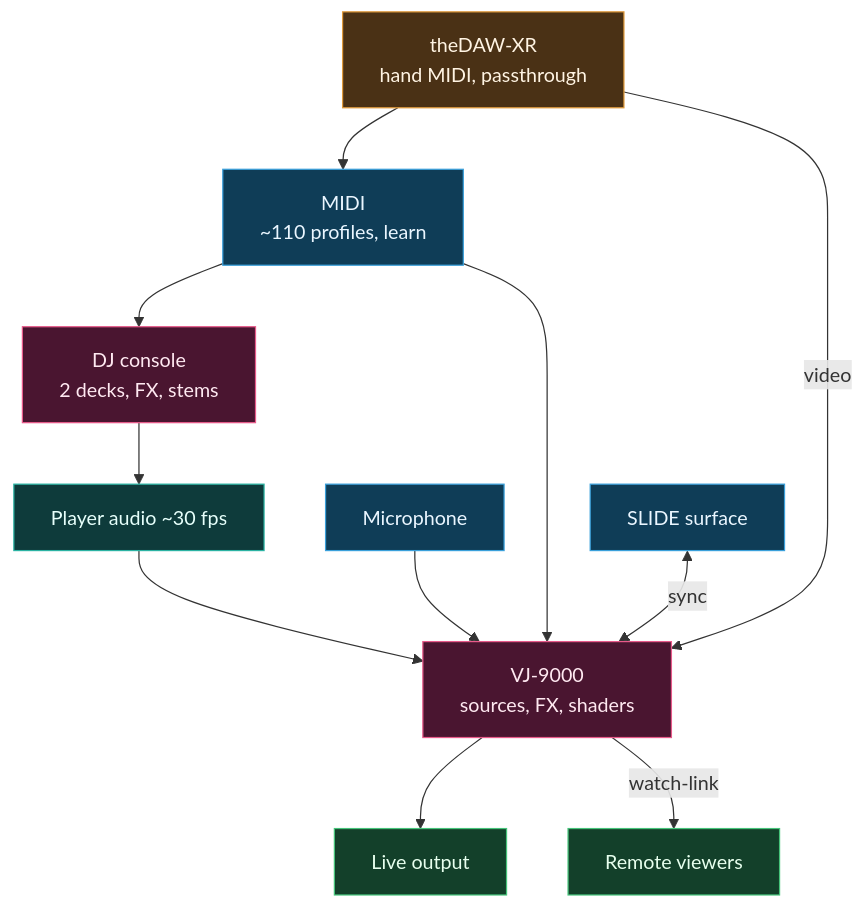
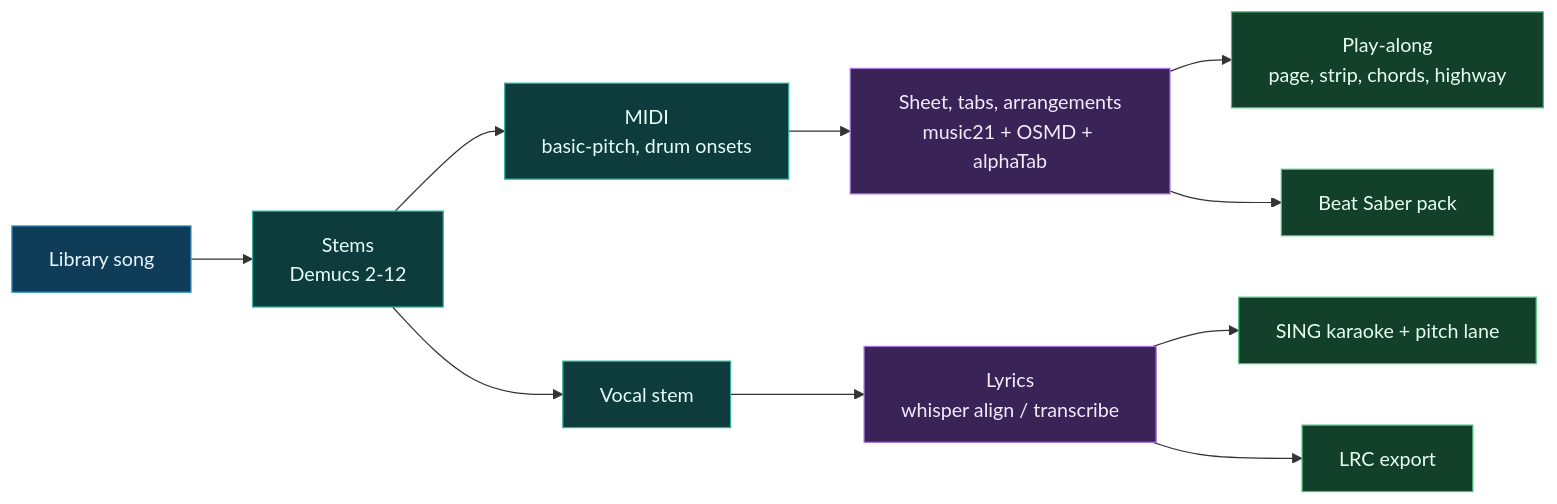
Before and after one commit to danieljtrujillo/theDAW: the third of 3 diagrams in README.md, drawn with Mermaid. The commit also changed other lines of this file and 36 other files, not shown here.

First line of the commit message:
docs(readme): simpler opening, Brushed Steel gallery, NodeF.I. everywhere, SCORE play-along and SING

````diff
--- a/README.md
+++ b/README.md
@@ -376,23 +394,16 @@
 ```mermaid
-flowchart TD
-  DJ["DJ console<br/>2 decks, FX, stems"]:::live
-  MIC["Microphone"]:::in
-  MIDI["MIDI<br/>~110 profiles, learn"]:::in
-  SLIDE["SLIDE surface"]:::in
-  XR["theDAW-XR<br/>hand MIDI, passthrough"]:::side
-  DJ --> AUD["Player audio ~30 fps"]:::proc
-  AUD --> VJ
-  MIC --> VJ
-  MIDI --> VJ
-  MIDI --> DJ
-  SLIDE <-->|sync| VJ
-  XR --> MIDI
-  XR -->|video| VJ
-  VJ["VJ-9000<br/>sources, FX, shaders"]:::live --> OUT["Live output"]:::out
-  VJ -->|watch-link| WEB["Remote viewers"]:::out
+flowchart LR
+  SONG["Library song"]:::in --> STEMS["Stems<br/>Demucs 2-12"]:::proc
+  STEMS --> MIDI["MIDI<br/>basic-pitch, drum onsets"]:::proc
+  MIDI --> SCORE["Sheet, tabs, arrangements<br/>music21 + OSMD + alphaTab"]:::eng
+  SCORE --> PLAY["Play-along<br/>page, strip, chords, highway"]:::out
+  SCORE --> BS["Beat Saber pack"]:::out
+  STEMS --> VOX["Vocal stem"]:::proc
+  VOX --> LYR["Lyrics<br/>whisper align / transcribe"]:::eng
+  LYR --> SING["SING karaoke + pitch lane"]:::out
+  LYR --> LRC["LRC export"]:::out
   classDef in fill:#0f3d57,stroke:#3aa0db,color:#eaf6ff;
+  classDef eng fill:#3a2356,stroke:#a877e0,color:#f3ecff;
   classDef proc fill:#0e3b3b,stroke:#2bb3a3,color:#e6fffb;
-  classDef live fill:#4a1530,stroke:#e85a8a,color:#ffe9f1;
   classDef out fill:#13402a,stroke:#46c47a,color:#e7ffee;
-  classDef side fill:#4a3115,stroke:#e09a3a,color:#fff4e3;
 ```
````
